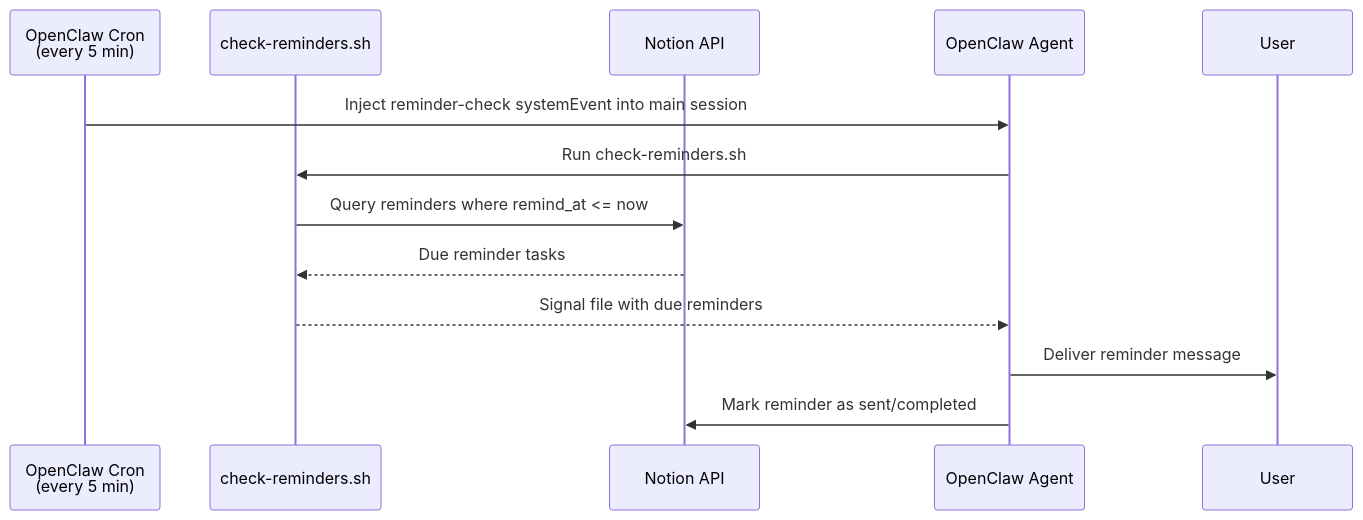
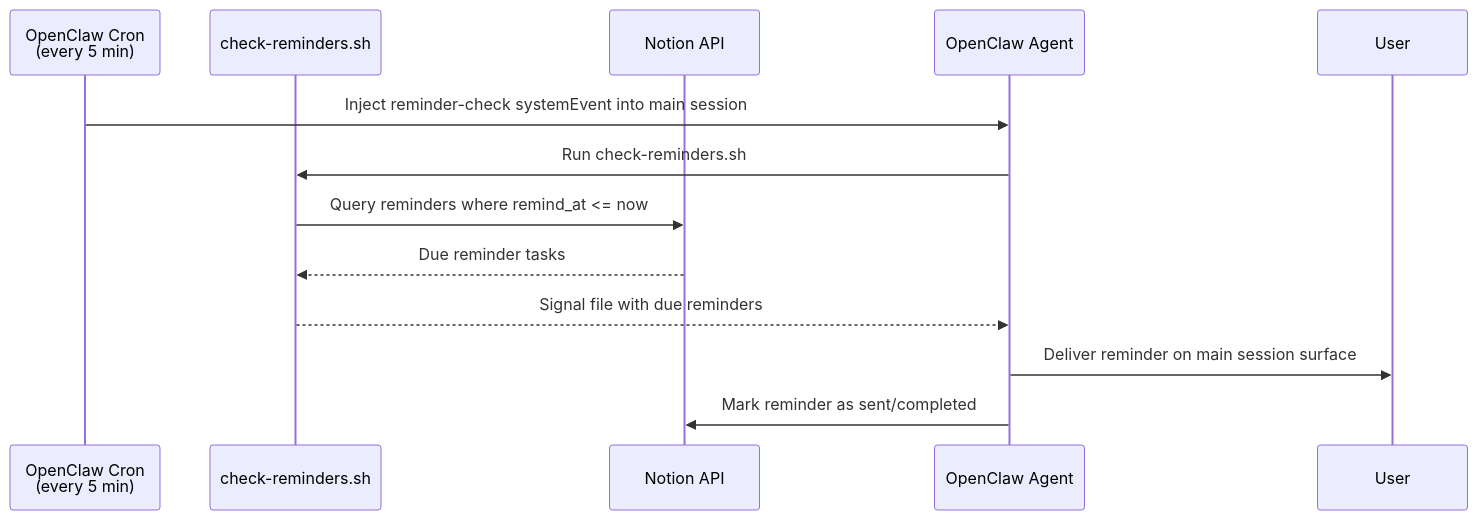
Before and after one commit to NickBorgersProbably/hide-my-list: the fifth of 6 diagrams in docs/architecture.md, drawn with Mermaid. The commit also changed other lines of this file and 8 other files, not shown here.

````diff
--- a/docs/architecture.md
+++ b/docs/architecture.md
@@ -202,16 +202,16 @@
 ```mermaid
 sequenceDiagram
     participant Cron as OpenClaw Cron<br/>(every 5 min)
     participant Script as check-reminders.sh
     participant Notion as Notion API
     participant Agent as OpenClaw Agent
     participant User
 
     Cron->>Agent: Inject reminder-check systemEvent into main session
     Agent->>Script: Run check-reminders.sh
     Script->>Notion: Query reminders where remind_at <= now
     Notion-->>Script: Due reminder tasks
     Script-->>Agent: Signal file with due reminders
-    Agent->>User: Deliver reminder message
+    Agent->>User: Deliver reminder on main session surface
     Agent->>Notion: Mark reminder as sent/completed
 ```
````
